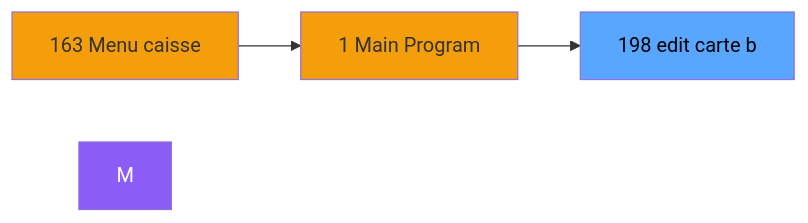
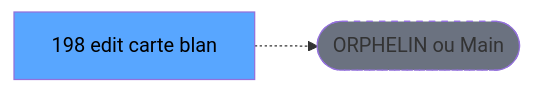
One commit to thonyAGP/lecteur-magic changed the second of 3 diagrams in .openspec/renders/ADH-IDE-198.md. Above: the diagram before and after it, drawn with Mermaid. The commit also changed other lines of this file and 701 other files, not shown here.

````diff
--- a/.openspec/renders/ADH-IDE-198.md
+++ b/.openspec/renders/ADH-IDE-198.md
@@ -110,12 +118,8 @@
 ```mermaid
 graph LR
-    N163[163 Menu caisse ]
-    N1[1 Main Program]
-    T[198 edit carte b]
-    N163 --> N1
-    N1 --> T
-    style M fill:#8b5cf6,color:#fff
-    style N163 fill:#f59e0b
-    style N1 fill:#f59e0b
+    T[198 edit carte blan]
+    ORPHAN([ORPHELIN ou Main])
+    T -.-> ORPHAN
     style T fill:#58a6ff,color:#000
+    style ORPHAN fill:#6b7280,stroke-dasharray: 5 5
 ```
````
